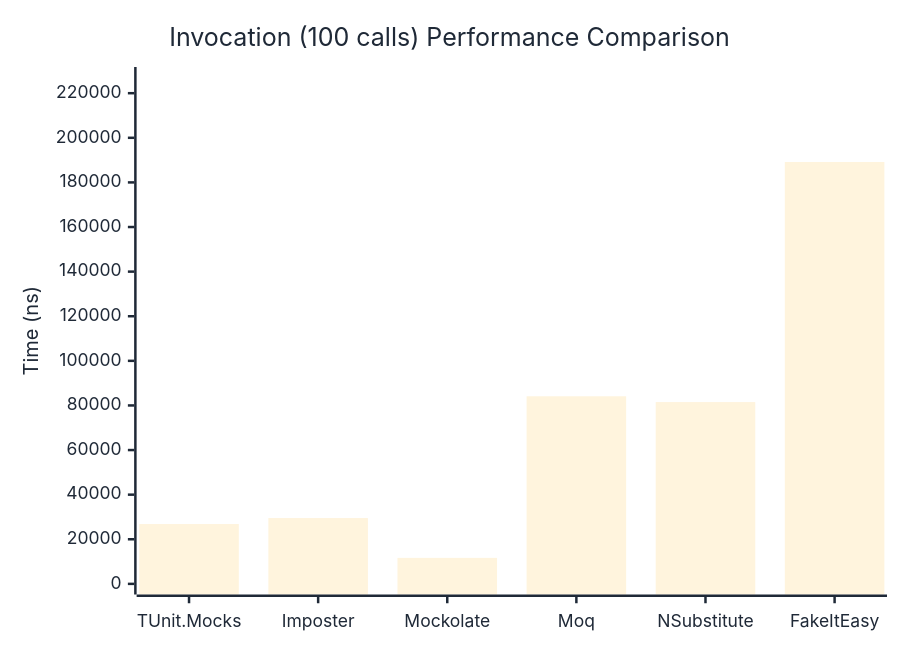
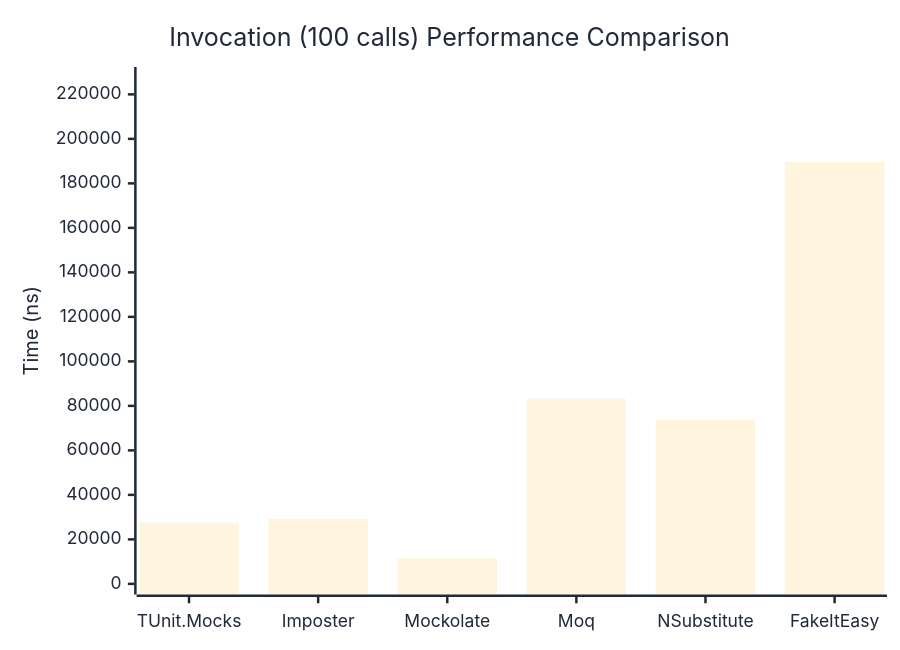
One commit to thomhurst/TUnit changed the third of 3 diagrams in docs/docs/benchmarks/mocks/Invocation.md. Above: the diagram before and after it, drawn with Mermaid. The commit also changed other lines of this file and 14 other files, not shown here.

````diff
--- a/docs/docs/benchmarks/mocks/Invocation.md
+++ b/docs/docs/benchmarks/mocks/Invocation.md
@@ -112,27 +112,27 @@
 ```mermaid
 %%{init: {
   'theme':'base',
   'themeVariables': {
     'primaryColor': '#2563eb',
     'primaryTextColor': '#1f2937',
     'primaryBorderColor': '#1e40af',
     'lineColor': '#6b7280',
     'secondaryColor': '#7c3aed',
     'tertiaryColor': '#dc2626',
     'background': '#ffffff',
     'pie1': '#2563eb',
     'pie2': '#7c3aed',
     'pie3': '#dc2626',
     'pie4': '#f59e0b',
     'pie5': '#10b981',
     'pie6': '#06b6d4',
     'pie7': '#ec4899',
     'pie8': '#6366f1'
   }
 }}%%
 xychart-beta
   title "Invocation (100 calls) Performance Comparison"
   x-axis ["TUnit.Mocks", "Imposter", "Mockolate", "Moq", "NSubstitute", "FakeItEasy"]
-  y-axis "Time (ns)" 0 --> 226980
-  bar [26826.63, 29511.61, 11657.19, 84109.9, 81507.37, 189149.81]
+  y-axis "Time (ns)" 0 --> 227526
+  bar [27510.06, 29165.33, 11450.03, 83228.57, 73835.14, 189604.89]
 ```
````
